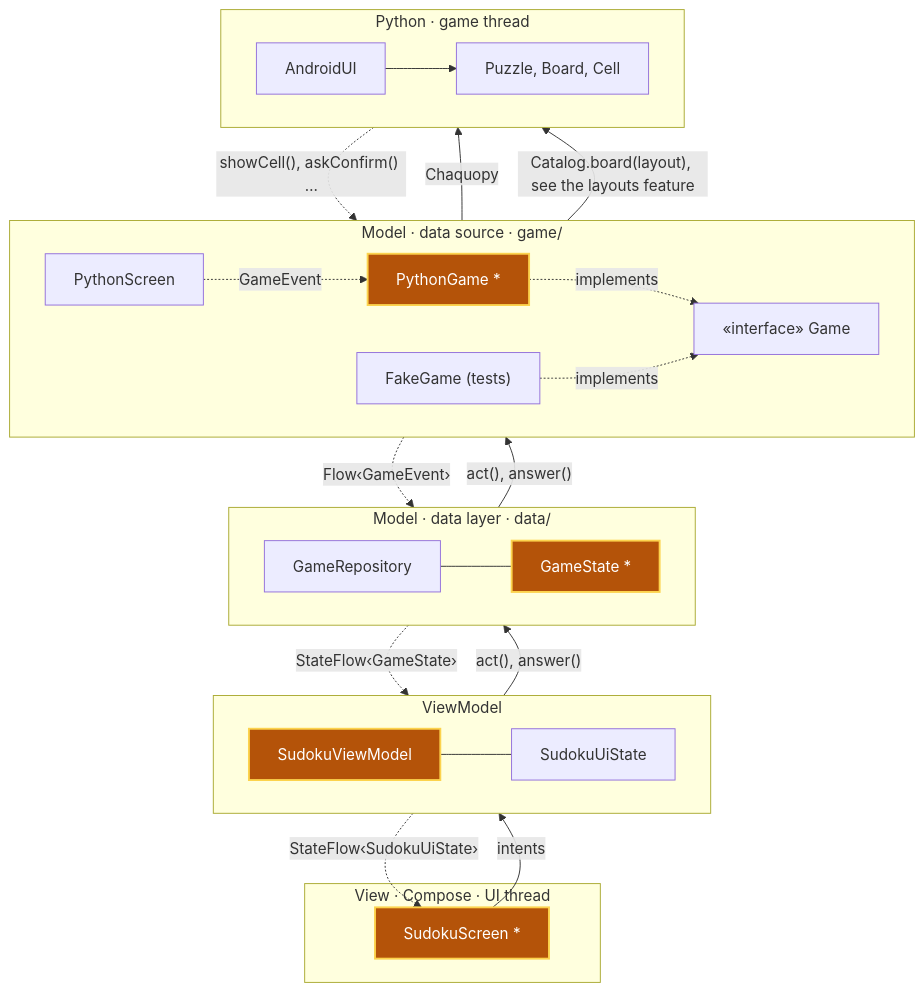
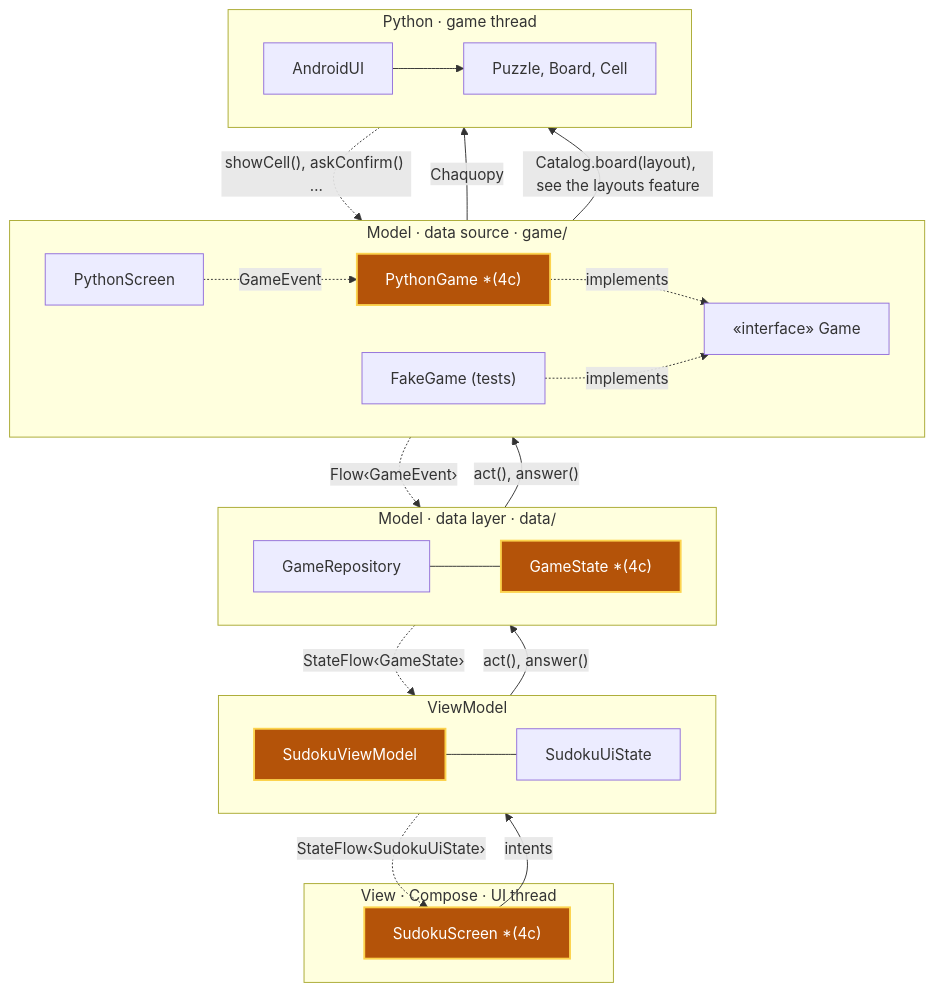
The fifth of 6 diagrams in android/docs/architecture.md (aivanov61/sudoku-solver), drawn with Mermaid before and after one commit. The commit also changed other lines of this file and 12 other files, not shown here.

Commit message:
Navigate with Navigation 3 from the splash, which reads the layouts behind it, to the game on the only layout or to a layout picker that says when none can be played, each screen with its own ViewModels on a back stack saved through process death

````diff
--- a/android/docs/architecture.md
+++ b/android/docs/architecture.md
@@ -196,42 +210,42 @@
 ```mermaid
 flowchart TB
     subgraph View["View · Compose · UI thread"]
-        SudokuScreen["SudokuScreen *"]
+        SudokuScreen["SudokuScreen *(4c)"]
     end
 
     subgraph VM["ViewModel"]
         direction LR
         SudokuViewModel --- SudokuUiState
     end
 
     subgraph DataLayer["Model · data layer · data/"]
         direction LR
-        GameRepository --- GameState["GameState *"]
+        GameRepository --- GameState["GameState *(4c)"]
     end
 
     subgraph DataSource["Model · data source · game/"]
         direction LR
-        PythonGame["PythonGame *"] -. implements .-> Game["«interface» Game"]
+        PythonGame["PythonGame *(4c)"] -. implements .-> Game["«interface» Game"]
         FakeGame["FakeGame (tests)"] -. implements .-> Game
         PythonScreen
     end
 
     subgraph Python["Python · game thread"]
         direction LR
         AndroidUI --> Puzzle["Puzzle, Board, Cell"]
     end
 
     SudokuScreen -- "intents" --> SudokuViewModel
     SudokuViewModel -. "StateFlow‹SudokuUiState›" .-> SudokuScreen
     SudokuViewModel -- "act(), answer()" --> GameRepository
     GameRepository -. "StateFlow‹GameState›" .-> SudokuViewModel
     GameRepository -- "act(), answer()" --> Game
     Game -. "Flow‹GameEvent›" .-> GameRepository
     PythonGame -- "Chaquopy" --> AndroidUI
     AndroidUI -. "showCell(), askConfirm() …" .-> PythonScreen
     PythonScreen -. "GameEvent" .-> PythonGame
     PythonGame -- "Catalog.board(layout), see the layouts feature" --> AndroidUI
 
     classDef changed fill:#b45309,stroke:#fcd34d,stroke-width:2px,color:#ffffff
     class SudokuViewModel,PythonGame,SudokuScreen,GameState changed
 ```
````
